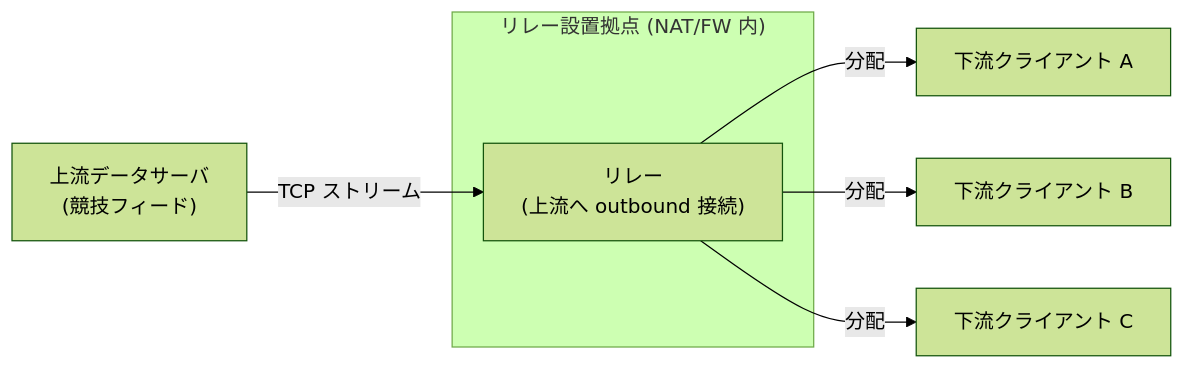
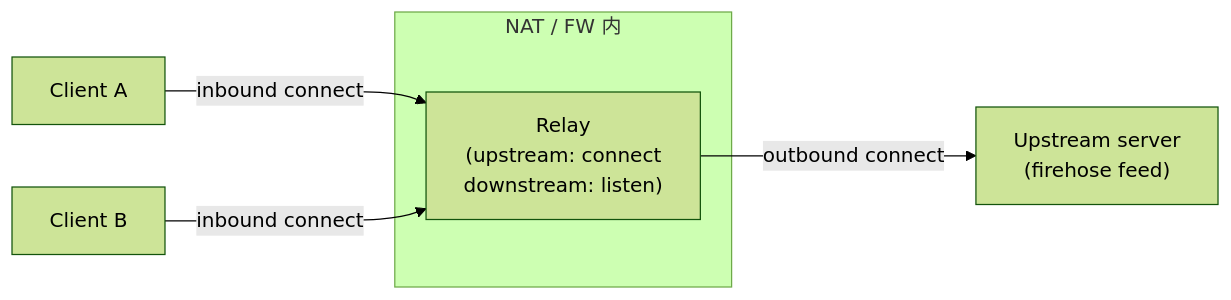
The fourth of 4 diagrams in README.md (tanaka-ryuya/TCPRelayServer), drawn with Mermaid (forest theme) before and after one commit. The commit also changed other lines of this file, not shown here.

````diff
--- a/README.md
+++ b/README.md
@@ -124,10 +150,14 @@
 ```mermaid
 flowchart LR
-    subgraph NAT["リレー設置拠点 (NAT/FW 内)"]
-        R["リレー<br/>(上流へ outbound 接続)"]
+    subgraph NAT["NAT / FW 内"]
+        R["Relay<br/>(upstream: connect<br/>downstream: listen)"]
     end
-    U["上流データサーバ<br/>(競技フィード)"] -->|TCP ストリーム| R
-    R -->|分配| C1["下流クライアント A"]
-    R -->|分配| C2["下流クライアント B"]
-    R -->|分配| C3["下流クライアント C"]
+
+    U["Upstream server<br/>(firehose feed)"]
+    C1["Client A"]
+    C2["Client B"]
+
+    R -- outbound connect --> U
+    C1 -- inbound connect --> R
+    C2 -- inbound connect --> R
 ```
````
